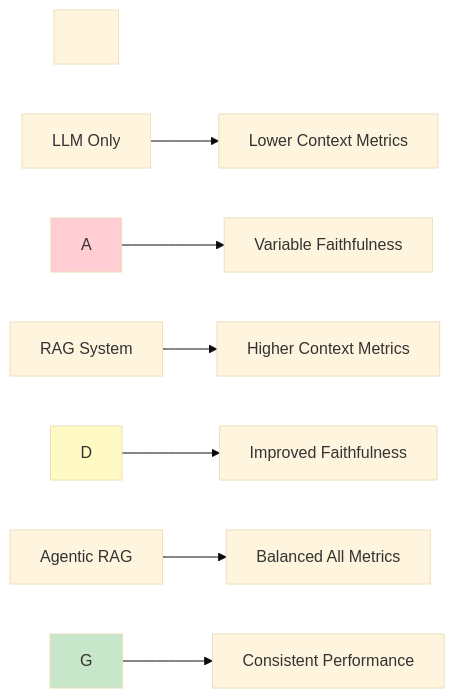
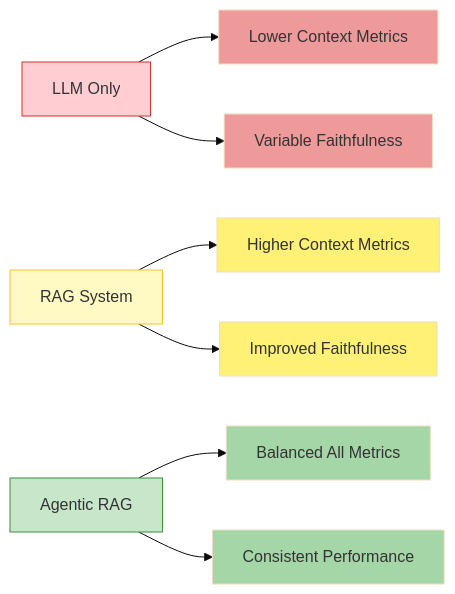
Before and after one commit to dhruvsh1997/RAGAS-Experiments: the fourth of 4 diagrams in README.MD, drawn with Mermaid (base theme). The commit also changed other lines of this file, not shown here.

````diff
--- a/README.MD
+++ b/README.MD
@@ -281,29 +166,21 @@
 ```mermaid
-
 graph LR
-
-&nbsp;   A\[LLM Only] --> B\[Lower Context Metrics]
-
-&nbsp;   A --> C\[Variable Faithfulness]
-
-&nbsp;   
-
-&nbsp;   D\[RAG System] --> E\[Higher Context Metrics]
-
-&nbsp;   D --> F\[Improved Faithfulness]
-
-&nbsp;   
-
-&nbsp;   G\[Agentic RAG] --> H\[Balanced All Metrics]
-
-&nbsp;   G --> I\[Consistent Performance]
-
-&nbsp;   
-
-&nbsp;   style A fill:#ffcdd2
-
-&nbsp;   style D fill:#fff9c4
-
-&nbsp;   style G fill:#c8e6c9
-
+    A[LLM Only] --> B[Lower Context Metrics]
+    A --> C[Variable Faithfulness]
+    
+    D[RAG System] --> E[Higher Context Metrics]
+    D --> F[Improved Faithfulness]
+    
+    G[Agentic RAG] --> H[Balanced All Metrics]
+    G --> I[Consistent Performance]
+    
+    style A fill:#ffcdd2,stroke:#d32f2f
+    style B fill:#ef9a9a
+    style C fill:#ef9a9a
+    style D fill:#fff9c4,stroke:#fbc02d
+    style E fill:#fff176
+    style F fill:#fff176
+    style G fill:#c8e6c9,stroke:#388e3c
+    style H fill:#a5d6a7
+    style I fill:#a5d6a7
 ```
````
